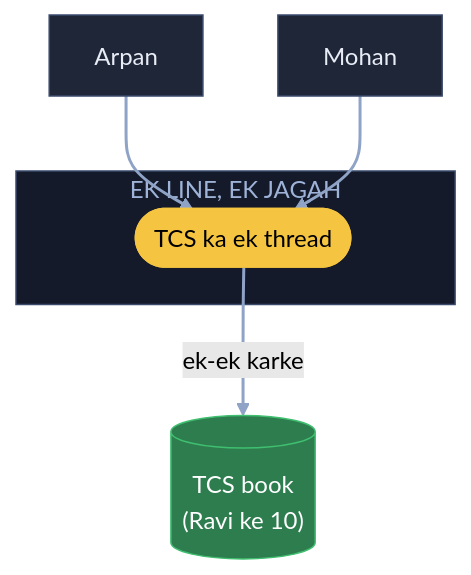
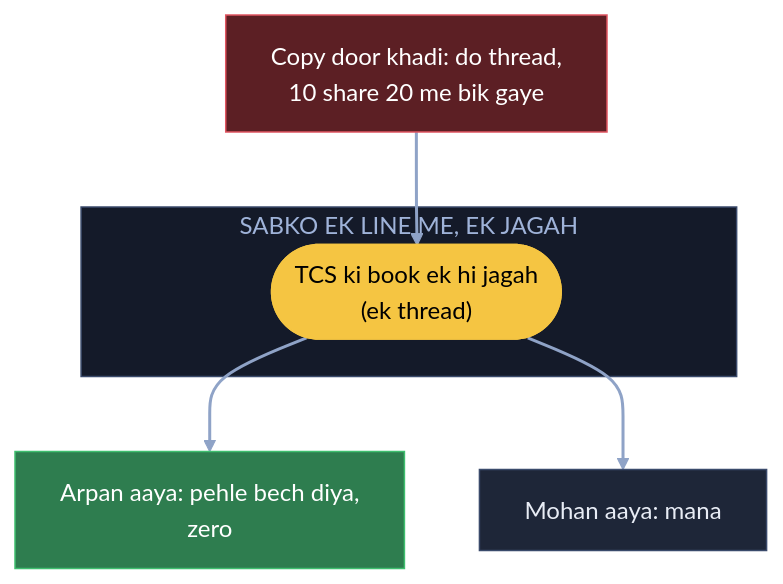
One commit to ArpanMaheshwari144/Prep changed the fourth of 9 diagrams in 04_HLD/SYSTEM_DESIGNS/05_stock_broker_trading/05_stock_broker_trading.md. Above: the diagram before and after it, drawn with Mermaid (forest theme). The commit also changed other lines of this file, not shown here.

Commit message:
Stock: 9 diagram hand notes ke shabdon se; K8 'chhota ladka' aur K3 apni jodi line hatai

````diff
--- a/04_HLD/SYSTEM_DESIGNS/05_stock_broker_trading/05_stock_broker_trading.md
+++ b/04_HLD/SYSTEM_DESIGNS/05_stock_broker_trading/05_stock_broker_trading.md
@@ -129,18 +125,18 @@
 ```mermaid
 flowchart TB
-    A["Arpan"]:::card
-    M["Mohan"]:::card
-    subgraph EL["EK LINE, EK JAGAH"]
-        Q(["TCS ka ek thread"]):::pill
+    X["Copy door khadi: do thread,<br/>10 share 20 me bik gaye"]:::bad
+    subgraph EL["SABKO EK LINE ME, EK JAGAH"]
+        Q(["TCS ki book ek hi jagah<br/>(ek thread)"]):::pill
     end
-    B[("TCS book<br/>(Ravi ke 10)")]:::good
-    A --> Q
-    M --> Q
-    Q -- "ek-ek karke" --> B
+    A["Arpan aaya: pehle bech diya,<br/>zero"]:::good
+    M["Mohan aaya: mana"]:::card
+    X --> Q
+    Q --> A
+    Q --> M
     linkStyle default stroke:#8fa3c7,stroke-width:2px
     classDef card fill:#1e2638,stroke:#3a4a6b,color:#e8ecf5
     classDef pill fill:#f5c542,stroke:#f5c542,color:#000
     classDef good fill:#2e7d4f,stroke:#3fbf6f,color:#fff
     classDef bad fill:#5c1f24,stroke:#e05561,color:#fff
     style EL fill:#141a29,stroke:#3a4a6b,color:#9fb3d9
 ```
````
